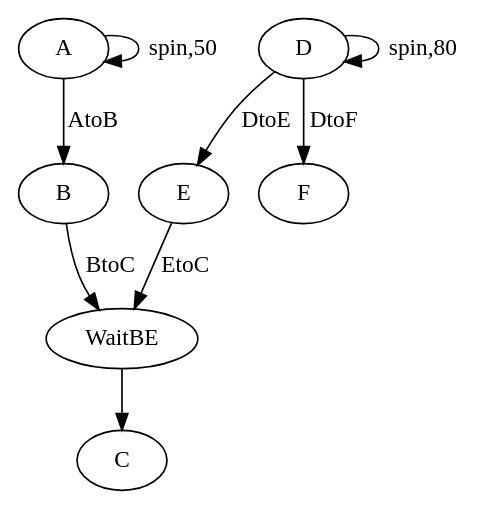
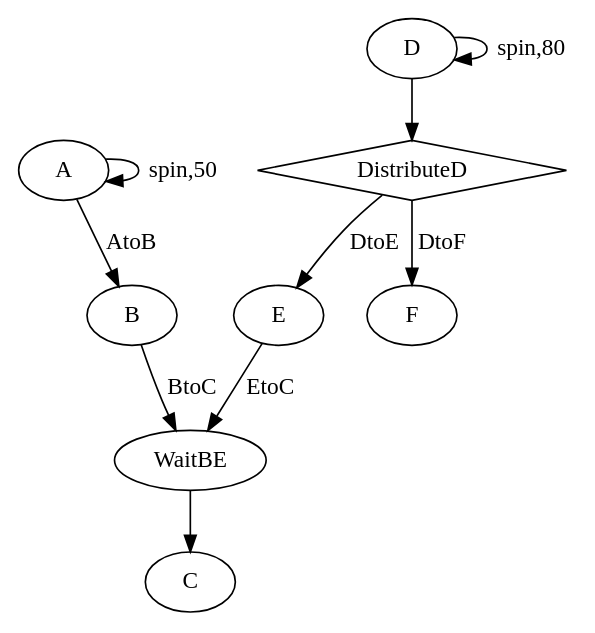
Before and after one commit to kevindadi/PPTPN: the diagram in demo.dot, drawn with Graphviz. The commit also changed 14 other files, not shown here.

```diff
--- a/demo.dot
+++ b/demo.dot
@@ -1,17 +1,19 @@
 digraph G {
     A [label = "A";];
     A -> A [label = "spin,50";];
     A -> B [label = "AtoB";];
     B [label = "B";];
     B -> WaitBE [label = "BtoC";];
     C [label = "C";];
     WaitBE [label = "WaitBE";];
     WaitBE -> C;
     D [label = "D";];
+    Distribute [label = "DistributeD", shape = "diamond"];
     D -> D [label = "spin,80";];
-    D -> E [label = "DtoE";];
-    D -> F [label = "DtoF";];
+    D -> Distribute;
+    Distribute -> E [label = "DtoE";];
+    Distribute -> F [label = "DtoF";];
     E [label = "E";];
     E -> WaitBE [label = "EtoC";];
     F [label = "F";];
 }
```
